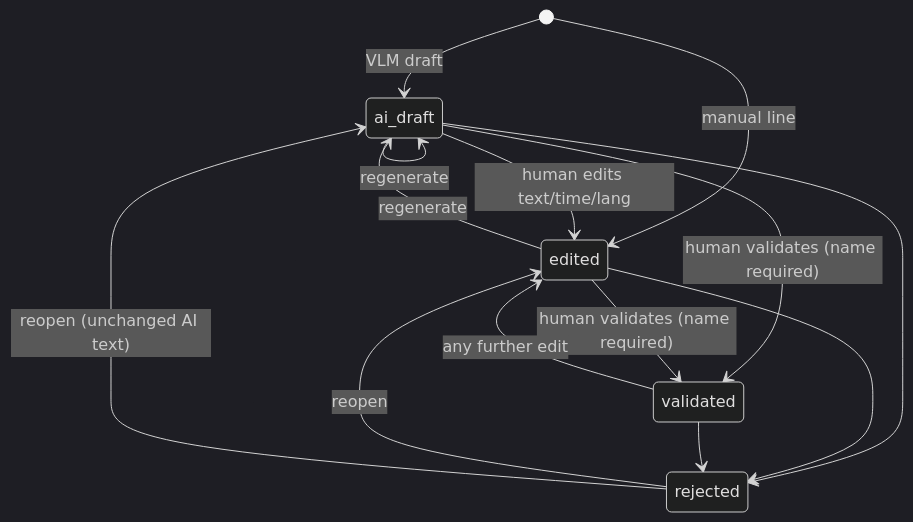
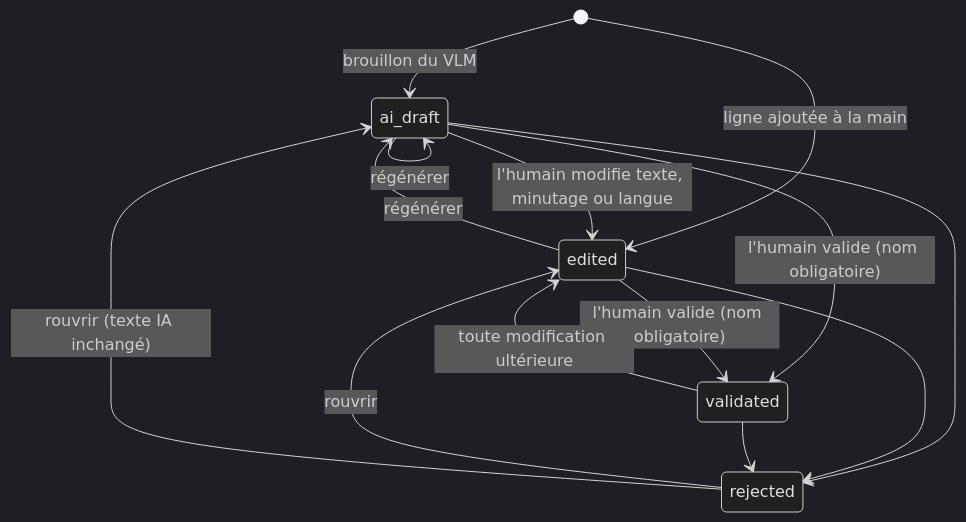
Before and after one commit to LouaySaidani/hackathonjunior: the second of 2 diagrams in docs/architecture.md, drawn with Mermaid (dark theme). The commit also changed other lines of this file, not shown here.

First line of the commit message:
docs(architecture): translate to French and add slot splitting and ML gap scoring

````diff
--- a/docs/architecture.md
+++ b/docs/architecture.md
@@ -67,16 +74,16 @@
 ```mermaid
 stateDiagram-v2
-  [*] --> ai_draft: VLM draft
-  [*] --> edited: manual line
-  ai_draft --> edited: human edits text/time/lang
-  ai_draft --> ai_draft: regenerate
-  edited --> ai_draft: regenerate
-  ai_draft --> validated: human validates (name required)
-  edited --> validated: human validates (name required)
-  validated --> edited: any further edit
+  [*] --> ai_draft: brouillon du VLM
+  [*] --> edited: ligne ajoutée à la main
+  ai_draft --> edited: l'humain modifie texte, minutage ou langue
+  ai_draft --> ai_draft: régénérer
+  edited --> ai_draft: régénérer
+  ai_draft --> validated: l'humain valide (nom obligatoire)
+  edited --> validated: l'humain valide (nom obligatoire)
+  validated --> edited: toute modification ultérieure
   ai_draft --> rejected
   edited --> rejected
   validated --> rejected
-  rejected --> edited: reopen
-  rejected --> ai_draft: reopen (unchanged AI text)
+  rejected --> edited: rouvrir
+  rejected --> ai_draft: rouvrir (texte IA inchangé)
 ```
````
